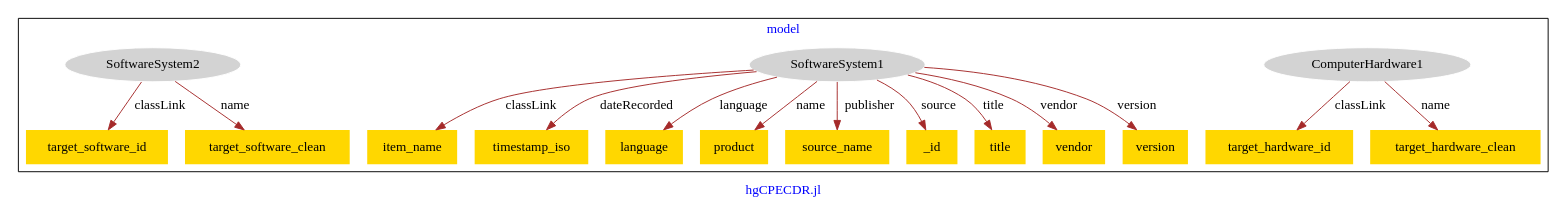
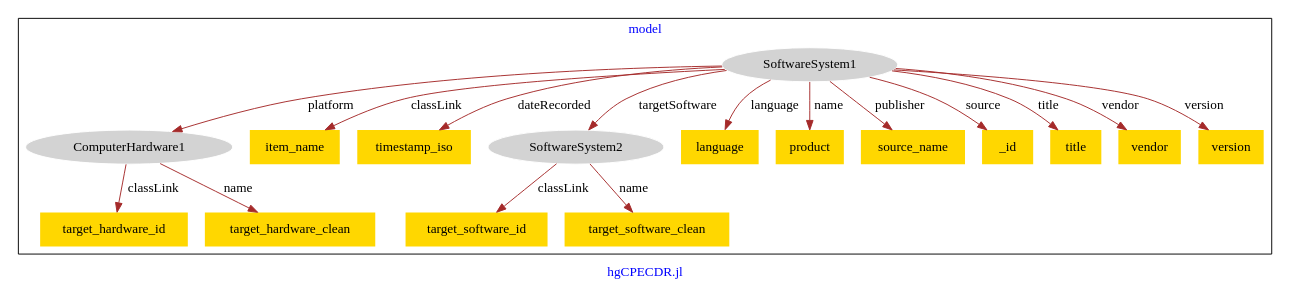
One commit to usc-isi-i2/effect-alignment changed the diagram in models/hg-cpe/hg_cpe-model.dot. Above: the diagram before and after it, drawn with Graphviz.

Commit message:
Update file hg_cpe-model.dot

```diff
--- a/models/hg-cpe/hg_cpe-model.dot
+++ b/models/hg-cpe/hg_cpe-model.dot
@@ -1,37 +1,39 @@
 digraph n0 {
 fontcolor="blue"
 remincross="true"
 label="hgCPECDR.jl"
 subgraph cluster {
 label="model"
 n2[style="filled",color="white",fillcolor="lightgray",label="ComputerHardware1"];
 n3[shape="plaintext",style="filled",fillcolor="gold",label="target_hardware_id"];
 n4[shape="plaintext",style="filled",fillcolor="gold",label="target_hardware_clean"];
 n5[style="filled",color="white",fillcolor="lightgray",label="SoftwareSystem1"];
 n6[shape="plaintext",style="filled",fillcolor="gold",label="item_name"];
 n7[shape="plaintext",style="filled",fillcolor="gold",label="timestamp_iso"];
-n8[shape="plaintext",style="filled",fillcolor="gold",label="language"];
-n9[shape="plaintext",style="filled",fillcolor="gold",label="product"];
-n10[shape="plaintext",style="filled",fillcolor="gold",label="source_name"];
-n11[shape="plaintext",style="filled",fillcolor="gold",label="_id"];
-n12[shape="plaintext",style="filled",fillcolor="gold",label="title"];
-n13[shape="plaintext",style="filled",fillcolor="gold",label="vendor"];
-n14[shape="plaintext",style="filled",fillcolor="gold",label="version"];
-n15[style="filled",color="white",fillcolor="lightgray",label="SoftwareSystem2"];
+n8[style="filled",color="white",fillcolor="lightgray",label="SoftwareSystem2"];
+n9[shape="plaintext",style="filled",fillcolor="gold",label="language"];
+n10[shape="plaintext",style="filled",fillcolor="gold",label="product"];
+n11[shape="plaintext",style="filled",fillcolor="gold",label="source_name"];
+n12[shape="plaintext",style="filled",fillcolor="gold",label="_id"];
+n13[shape="plaintext",style="filled",fillcolor="gold",label="title"];
+n14[shape="plaintext",style="filled",fillcolor="gold",label="vendor"];
+n15[shape="plaintext",style="filled",fillcolor="gold",label="version"];
 n16[shape="plaintext",style="filled",fillcolor="gold",label="target_software_id"];
 n17[shape="plaintext",style="filled",fillcolor="gold",label="target_software_clean"];
 }
 n2 -> n3[color="brown",fontcolor="black",label="classLink"]
 n2 -> n4[color="brown",fontcolor="black",label="name"]
 n5 -> n6[color="brown",fontcolor="black",label="classLink"]
 n5 -> n7[color="brown",fontcolor="black",label="dateRecorded"]
-n5 -> n8[color="brown",fontcolor="black",label="language"]
-n5 -> n9[color="brown",fontcolor="black",label="name"]
-n5 -> n10[color="brown",fontcolor="black",label="publisher"]
-n5 -> n11[color="brown",fontcolor="black",label="source"]
-n5 -> n12[color="brown",fontcolor="black",label="title"]
-n5 -> n13[color="brown",fontcolor="black",label="vendor"]
-n5 -> n14[color="brown",fontcolor="black",label="version"]
-n15 -> n16[color="brown",fontcolor="black",label="classLink"]
-n15 -> n17[color="brown",fontcolor="black",label="name"]
+n5 -> n2[color="brown",fontcolor="black",label="platform"]
+n5 -> n8[color="brown",fontcolor="black",label="targetSoftware"]
+n5 -> n9[color="brown",fontcolor="black",label="language"]
+n5 -> n10[color="brown",fontcolor="black",label="name"]
+n5 -> n11[color="brown",fontcolor="black",label="publisher"]
+n5 -> n12[color="brown",fontcolor="black",label="source"]
+n5 -> n13[color="brown",fontcolor="black",label="title"]
+n5 -> n14[color="brown",fontcolor="black",label="vendor"]
+n5 -> n15[color="brown",fontcolor="black",label="version"]
+n8 -> n16[color="brown",fontcolor="black",label="classLink"]
+n8 -> n17[color="brown",fontcolor="black",label="name"]
 }
```
